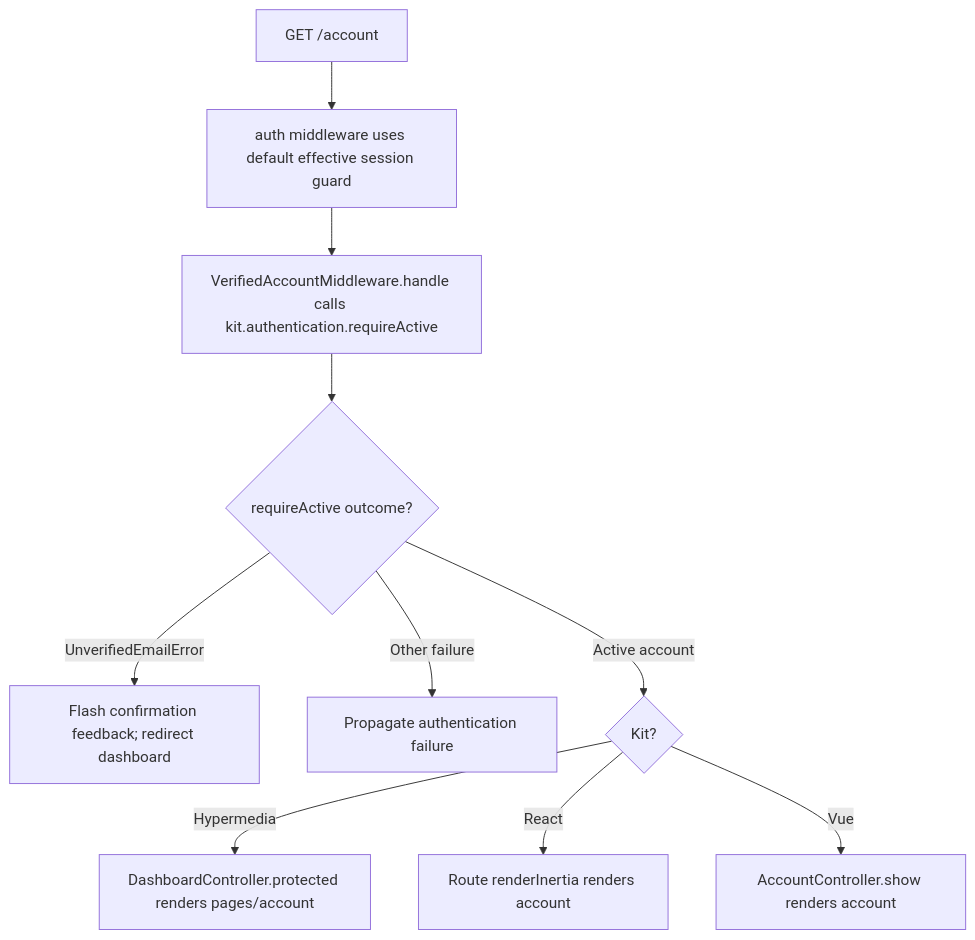
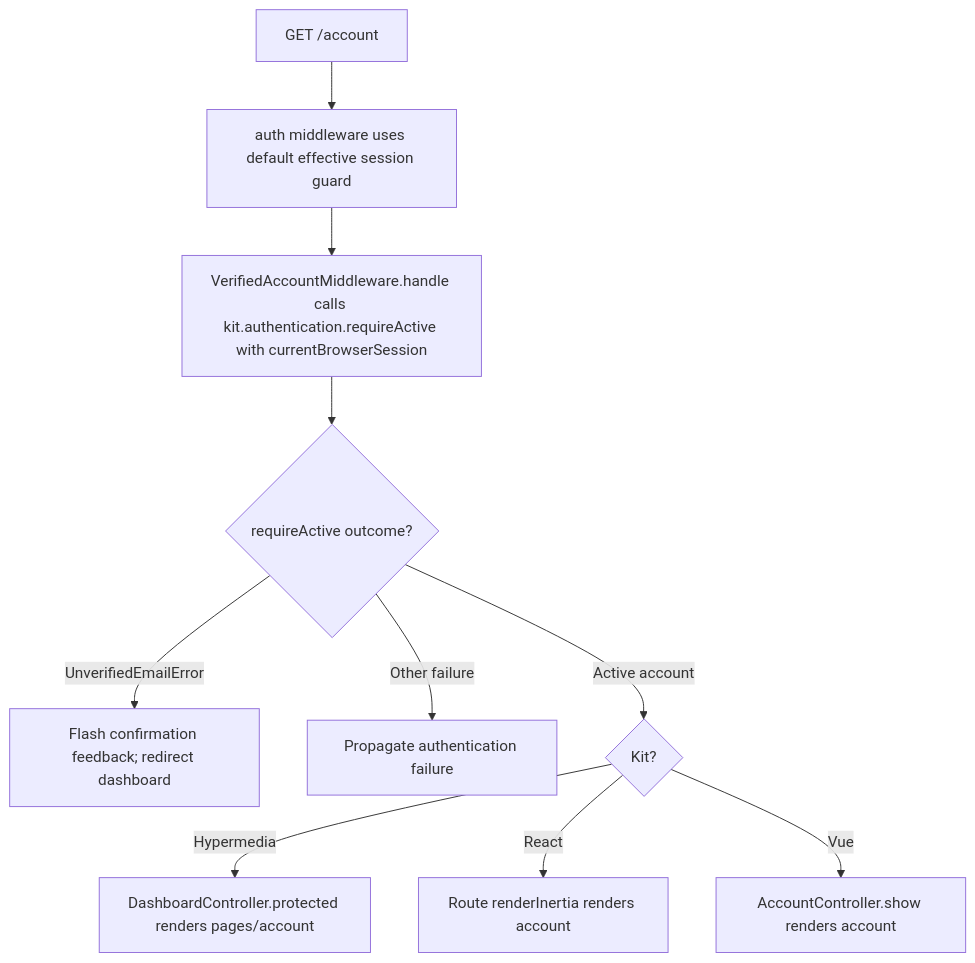
One commit to Kevinjohn/oss-adonisjs-starter-examples changed the second of 2 diagrams in user-stories/accounts/us-account-14-open-protected-account.md. Above: the diagram before and after it, drawn with Mermaid. The commit also changed other lines of this file and 29 other files, not shown here.

````diff
--- a/user-stories/accounts/us-account-14-open-protected-account.md
+++ b/user-stories/accounts/us-account-14-open-protected-account.md
@@ -33,12 +33,12 @@
 ```mermaid
 flowchart TD
     A["GET /account"] --> B["auth middleware uses default effective session guard"]
-    B --> C["VerifiedAccountMiddleware.handle calls kit.authentication.requireActive"]
+    B --> C["VerifiedAccountMiddleware.handle calls kit.authentication.requireActive with currentBrowserSession"]
     C --> D{"requireActive outcome?"}
     D -->|UnverifiedEmailError| E["Flash confirmation feedback; redirect dashboard"]
     D -->|Other failure| F["Propagate authentication failure"]
     D -->|Active account| G{"Kit?"}
     G -->|Hypermedia| H["DashboardController.protected renders pages/account"]
     G -->|React| I["Route renderInertia renders account"]
     G -->|Vue| J["AccountController.show renders account"]
 ```
````
